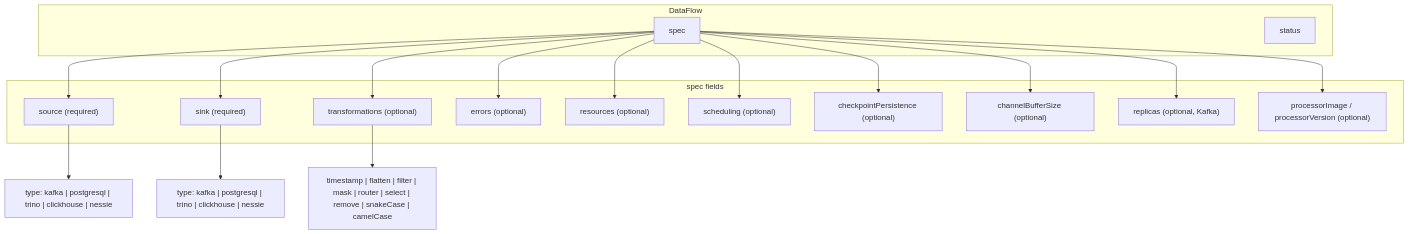
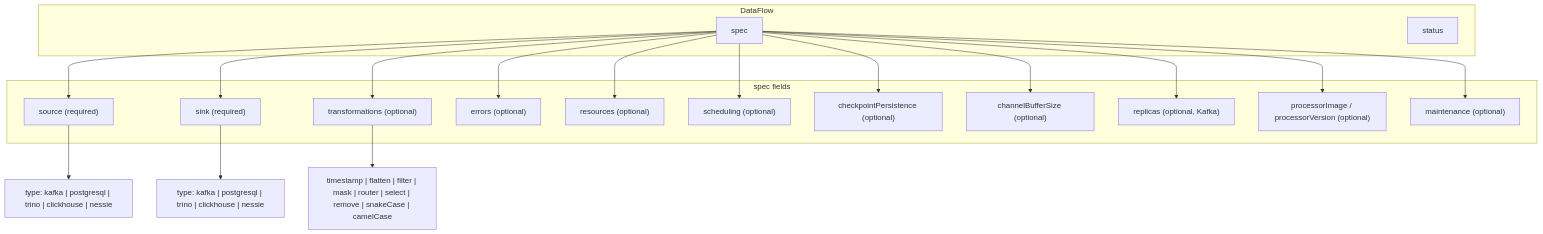
Before and after one commit to dataflow-operator/docs: the diagram in docs/en/dataflow/spec.md, drawn with Mermaid. The commit also changed other lines of this file and 13 other files, not shown here.

Commit message:
Enhance DataFlow documentation with new maintenance features, including the ability to start/stop individual and all DataFlows, and detailed maintenance window specifications. Updated lifecycle and spec sections to reflect these changes. Added Russian translations for consistency.

````diff
--- a/docs/en/dataflow/spec.md
+++ b/docs/en/dataflow/spec.md
@@ -7,35 +7,37 @@
 ```mermaid
 flowchart TB
   subgraph DataFlow["DataFlow"]
     Spec["spec"]
     Status["status"]
   end
 
   subgraph SpecFields["spec fields"]
     Source["source (required)"]
     Sink["sink (required)"]
     Trans["transformations (optional)"]
     Errors["errors (optional)"]
     Resources["resources (optional)"]
     Scheduling["scheduling (optional)"]
     Checkpoint["checkpointPersistence (optional)"]
     ChannelBuffer["channelBufferSize (optional)"]
     Replicas["replicas (optional, Kafka)"]
     Image["processorImage / processorVersion (optional)"]
+    Maintenance["maintenance (optional)"]
   end
 
   Source --> SourceTypes["type: kafka | postgresql | trino | clickhouse | nessie"]
   Sink --> SinkTypes["type: kafka | postgresql | trino | clickhouse | nessie"]
   Trans --> TransTypes["timestamp | flatten | filter | mask | router | select | remove | snakeCase | camelCase"]
 
   Spec --> Source
   Spec --> Sink
   Spec --> Trans
   Spec --> Errors
   Spec --> Resources
   Spec --> Scheduling
   Spec --> Checkpoint
   Spec --> ChannelBuffer
   Spec --> Replicas
   Spec --> Image
+  Spec --> Maintenance
 ```
````
